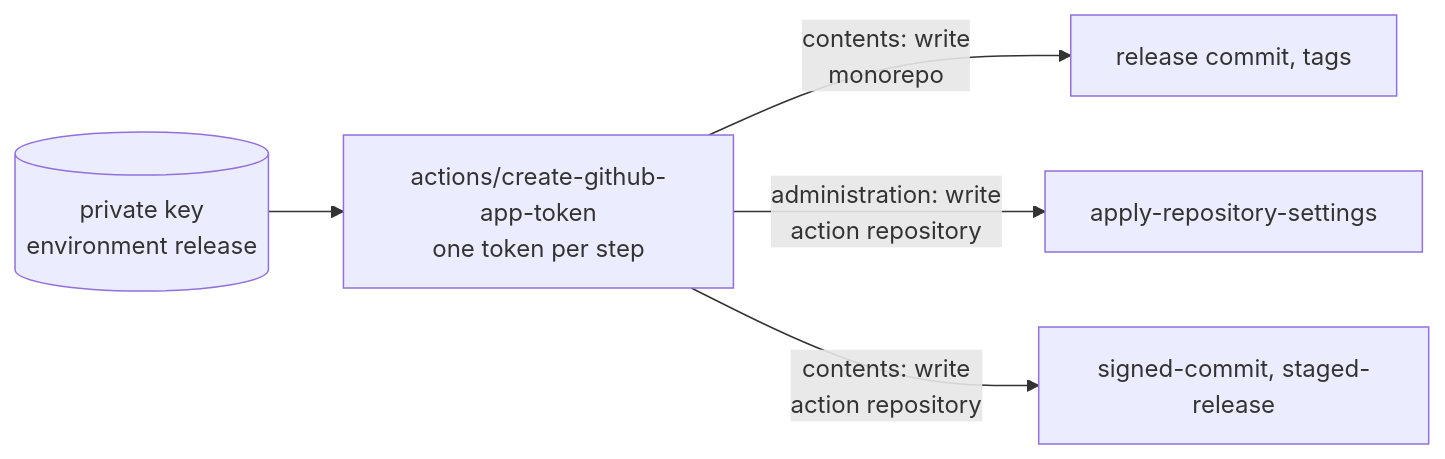
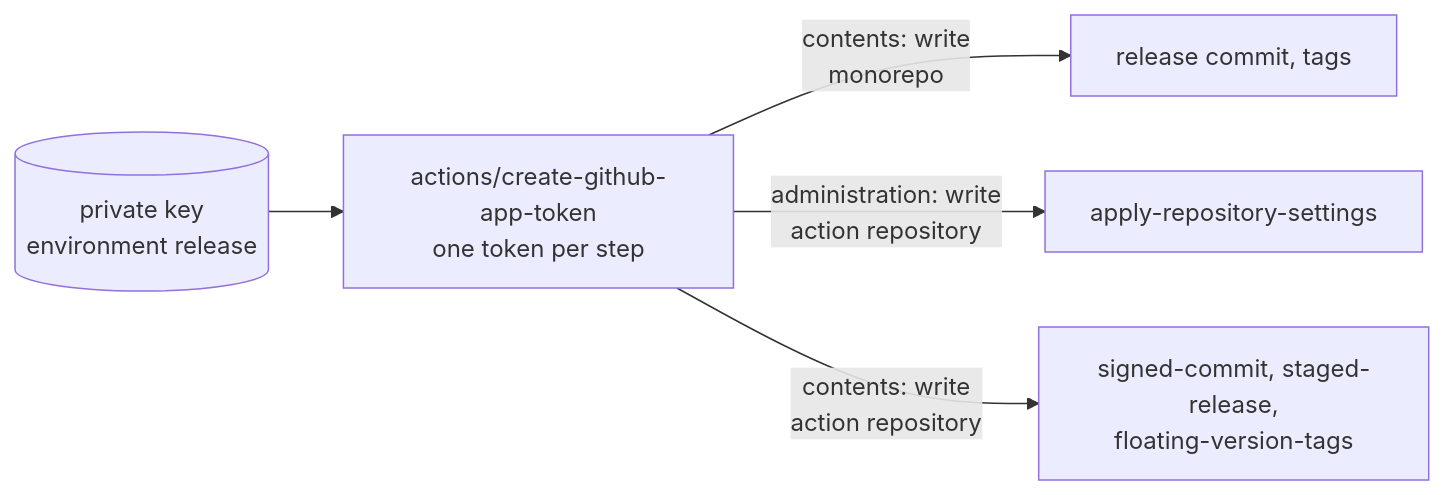
Before and after one commit to simbo-actions/actions: the fifth of 7 diagrams in ARCHITECTURE.md, drawn with Mermaid. The commit also changed other lines of this file and 38 other files, not shown here.

First line of the commit message:
feat(floating-version-tags): add action and move vX in publish

````diff
--- a/ARCHITECTURE.md
+++ b/ARCHITECTURE.md
@@ -253,7 +271,7 @@
 ```mermaid
 flowchart LR
   key[("private key<br/>environment release")] --> token["actions/create-github-app-token<br/>one token per step"]
   token -- "contents: write<br/>monorepo" --> release["release commit, tags"]
   token -- "administration: write<br/>action repository" --> configure["apply-repository-settings"]
-  token -- "contents: write<br/>action repository" --> publish["signed-commit, staged-release"]
+  token -- "contents: write<br/>action repository" --> publish["signed-commit, staged-release,<br/>floating-version-tags"]
 ```
````
